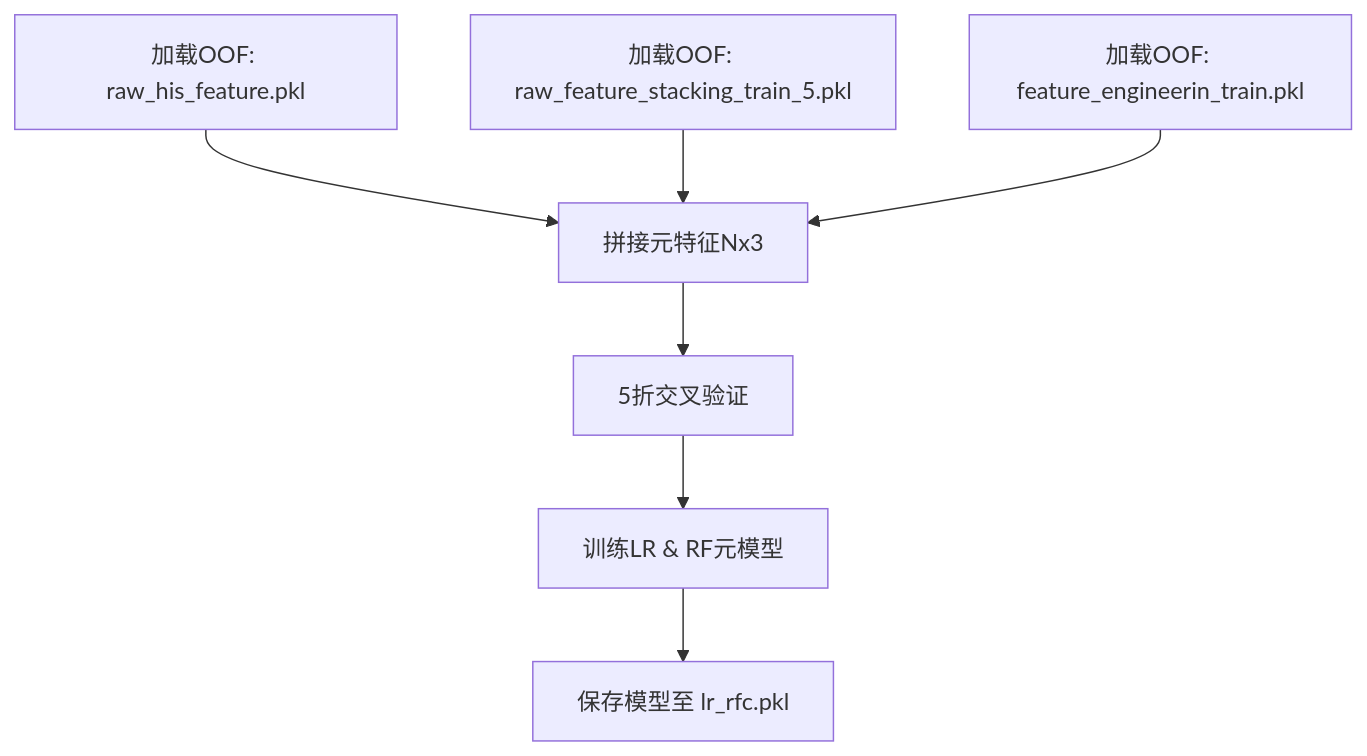
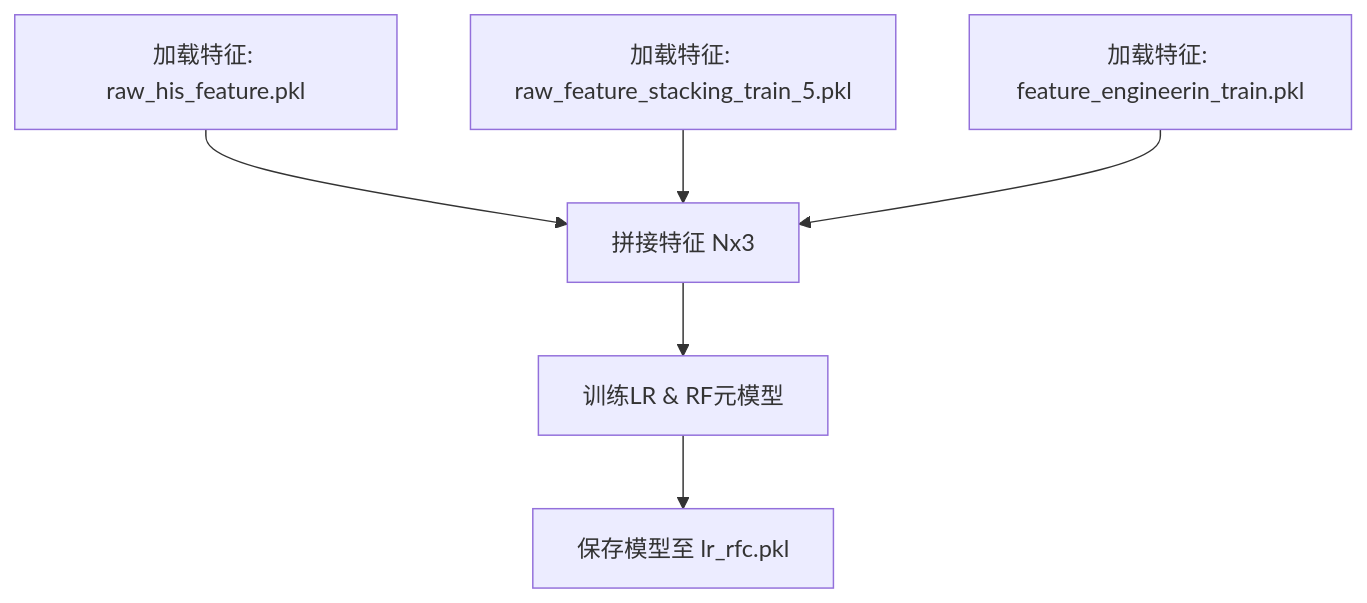
One commit to zsh003/maltack changed the third of 11 diagrams in machine_learning/ensemble_learning/docs/基于Stacking和加权融合的多层集成学习方案.md. Above: the diagram before and after it, drawn with Mermaid. The commit also changed other lines of this file, not shown here.

````diff
--- a/machine_learning/ensemble_learning/docs/基于Stacking和加权融合的多层集成学习方案.md
+++ b/machine_learning/ensemble_learning/docs/基于Stacking和加权融合的多层集成学习方案.md
@@ -59,9 +59,8 @@
 ```mermaid
 flowchart TD
-  oof1[加载OOF: raw_his_feature.pkl] --> concat[拼接元特征Nx3]
-  oof2[加载OOF: raw_feature_stacking_train_5.pkl] --> concat
-  oof3[加载OOF: feature_engineerin_train.pkl] --> concat
-  concat --> cv5[5折交叉验证]
-  cv5 --> TrainMeta[训练LR & RF元模型]
+  feature1[加载特征: raw_his_feature.pkl] --> concat[拼接特征 Nx3]
+  feature2[加载特征: raw_feature_stacking_train_5.pkl] --> concat
+  feature3[加载特征: feature_engineerin_train.pkl] --> concat
+  concat --> TrainMeta[训练LR & RF元模型]
   TrainMeta --> SaveModel[保存模型至 lr_rfc.pkl]
 ```
````
